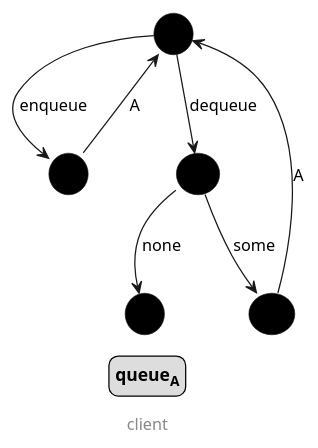
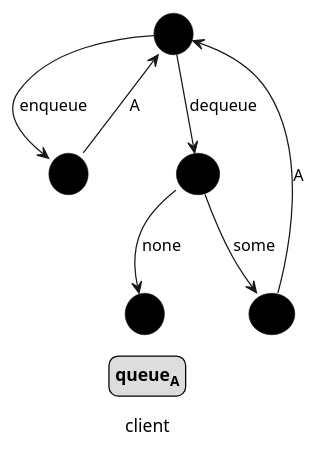
One commit to pavetok/pavetok.github.io changed the diagram in diagrams/queue-example/queue-client.puml. Above: the diagram before and after it, drawn with PlantUML. The commit also changed 33 other files, not shown here.

```diff
--- a/diagrams/queue-example/queue-client.puml
+++ b/diagrams/queue-example/queue-client.puml
@@ -1,35 +1,35 @@
 @startuml
 skinparam card {
     BackgroundColor 0
     BorderThickness 0.5
     RoundCorner 100
     FontSize 20
 }
 
 skinparam legend {
     FontStyle bold
 }
 
 skinparam footer {
     FontSize 13
 }
 
 card "+" as q1
 card "×" as q2
 card "&" as q3
 card "⊸" as q4
 card 1 as q5
 
 q1 -d-> q2: enqueue
 q1 -d-> q3: dequeue
 
 q2 -u-> q1: A
 
 q3 -d-> q4: some
 q3 -d-> q5: none
 
 q4 -u-> q1: A
 
 legend queue<sub>A</sub>
-footer client
+caption client
 @enduml
```
